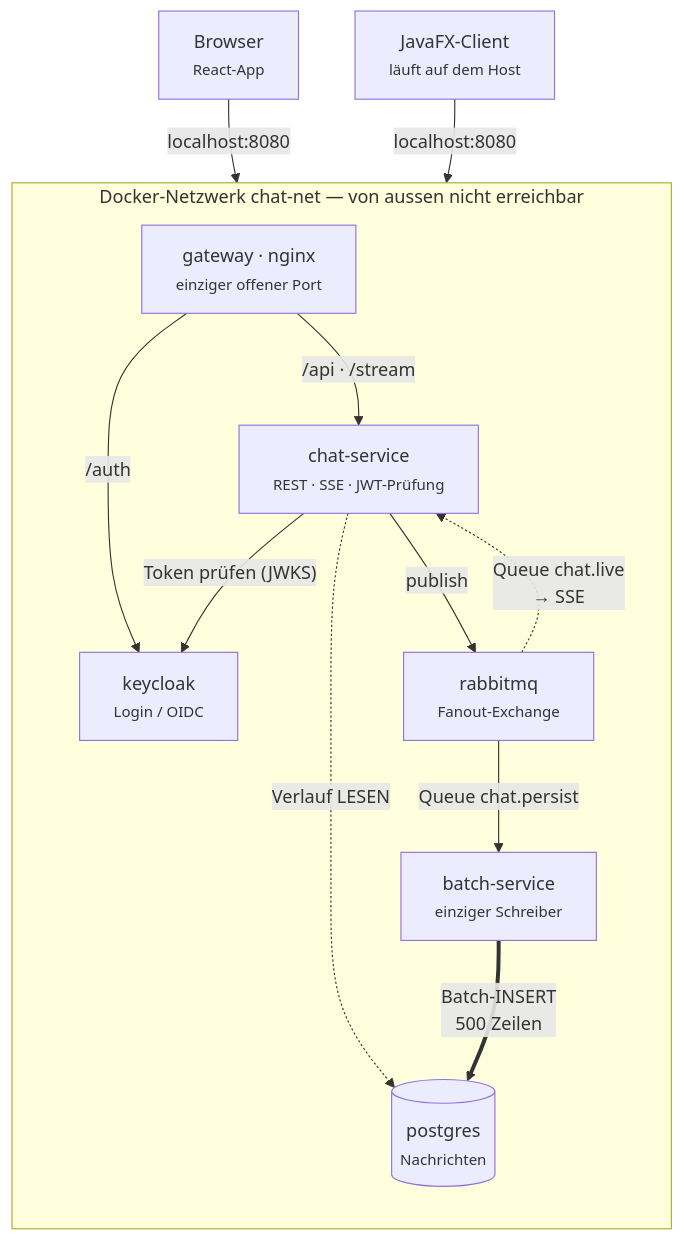
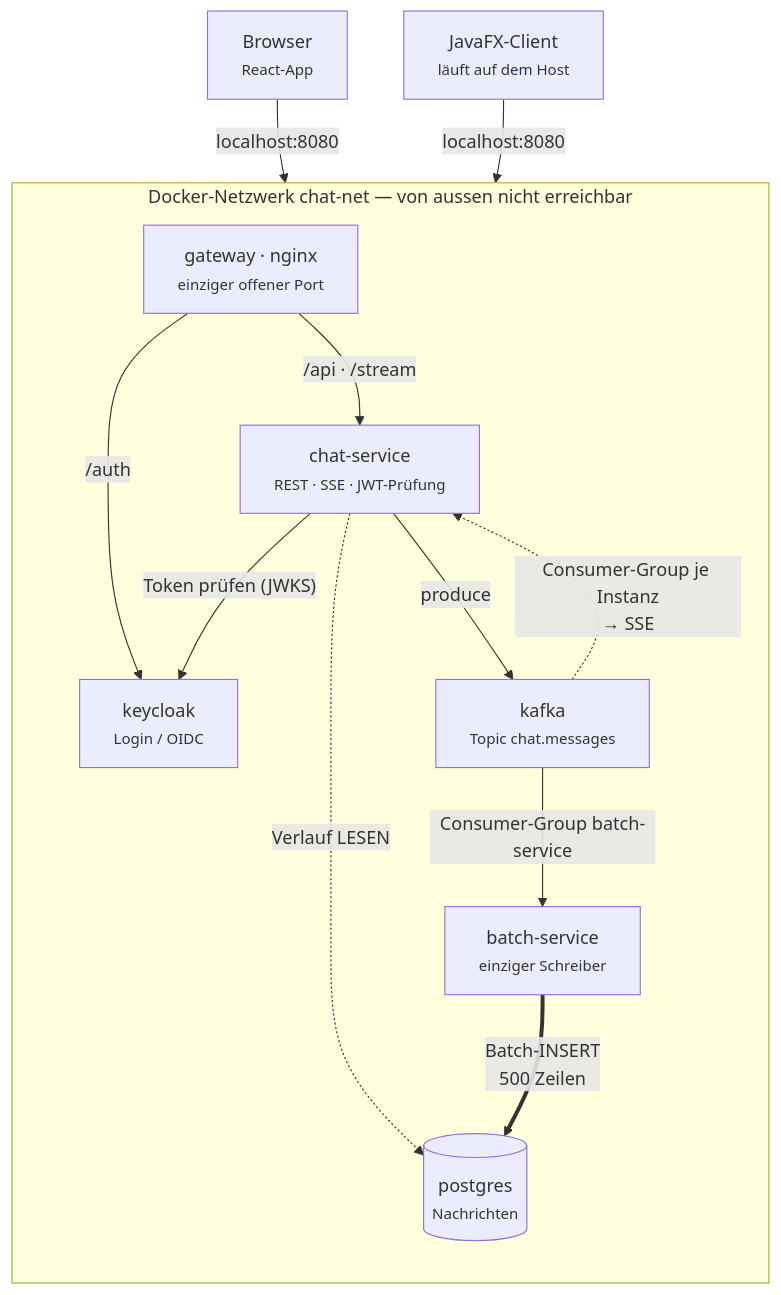
The first of 3 diagrams in PLANUNG.md (BlerjonAsllani/it3b-m321), drawn with Mermaid before and after one commit. The commit also changed other lines of this file and 3 other files, not shown here.

````diff
--- a/PLANUNG.md
+++ b/PLANUNG.md
@@ -25,27 +25,27 @@
 ```mermaid
 flowchart TB
   browser["Browser<br/><small>React-App</small>"]
   fx["JavaFX-Client<br/><small>läuft auf dem Host</small>"]
 
   subgraph net["Docker-Netzwerk chat-net — von aussen nicht erreichbar"]
     direction TB
     gw["gateway · nginx<br/><small>einziger offener Port</small>"]
     chat["chat-service<br/><small>REST · SSE · JWT-Prüfung</small>"]
     batch["batch-service<br/><small>einziger Schreiber</small>"]
     kc["keycloak<br/><small>Login / OIDC</small>"]
-    mq["rabbitmq<br/><small>Fanout-Exchange</small>"]
+    kafka["kafka<br/><small>Topic chat.messages</small>"]
     db[("postgres<br/><small>Nachrichten</small>")]
 
     gw -->|"/api · /stream"| chat
     gw -->|"/auth"| kc
     chat -->|"Token prüfen (JWKS)"| kc
-    chat -->|"publish"| mq
+    chat -->|"produce"| kafka
     chat -.->|"Verlauf LESEN"| db
-    mq -.->|"Queue chat.live<br/>→ SSE"| chat
-    mq -->|"Queue chat.persist"| batch
+    kafka -.->|"Consumer-Group je Instanz<br/>→ SSE"| chat
+    kafka -->|"Consumer-Group batch-service"| batch
     batch ==>|"Batch-INSERT<br/>500 Zeilen"| db
   end
 
   browser -->|"localhost:8080"| gw
   fx -->|"localhost:8080"| gw
 ```
````
